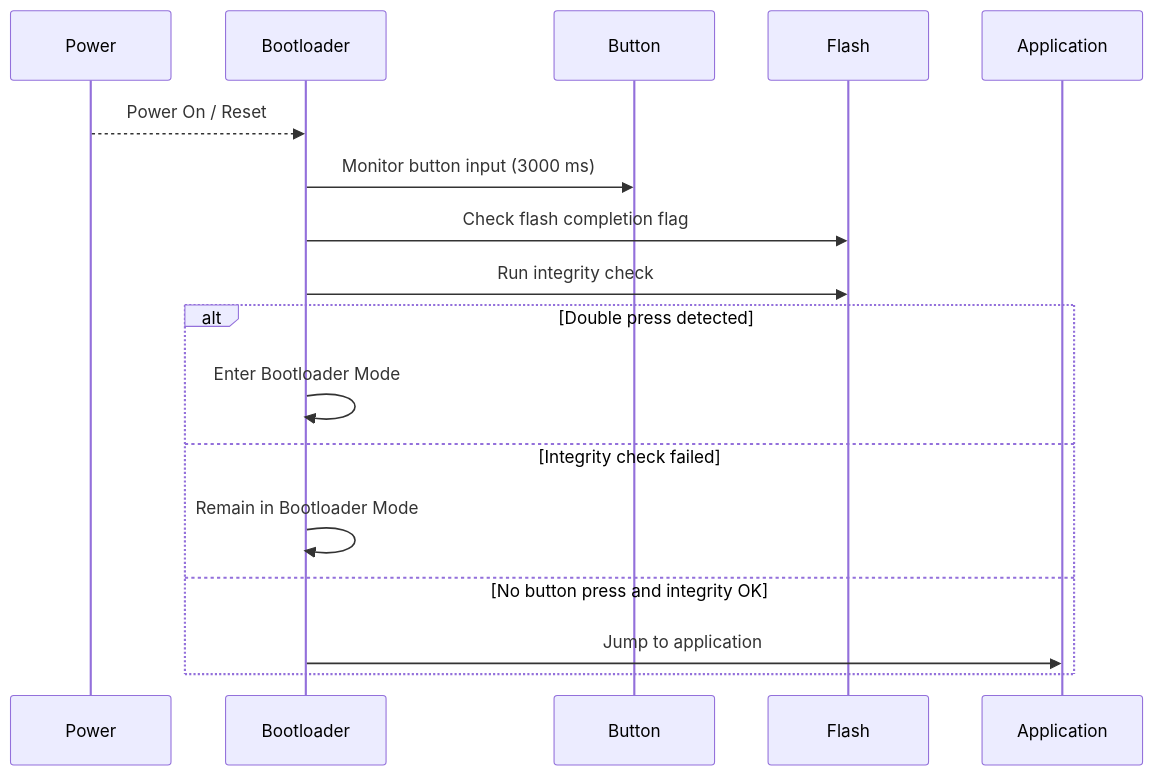
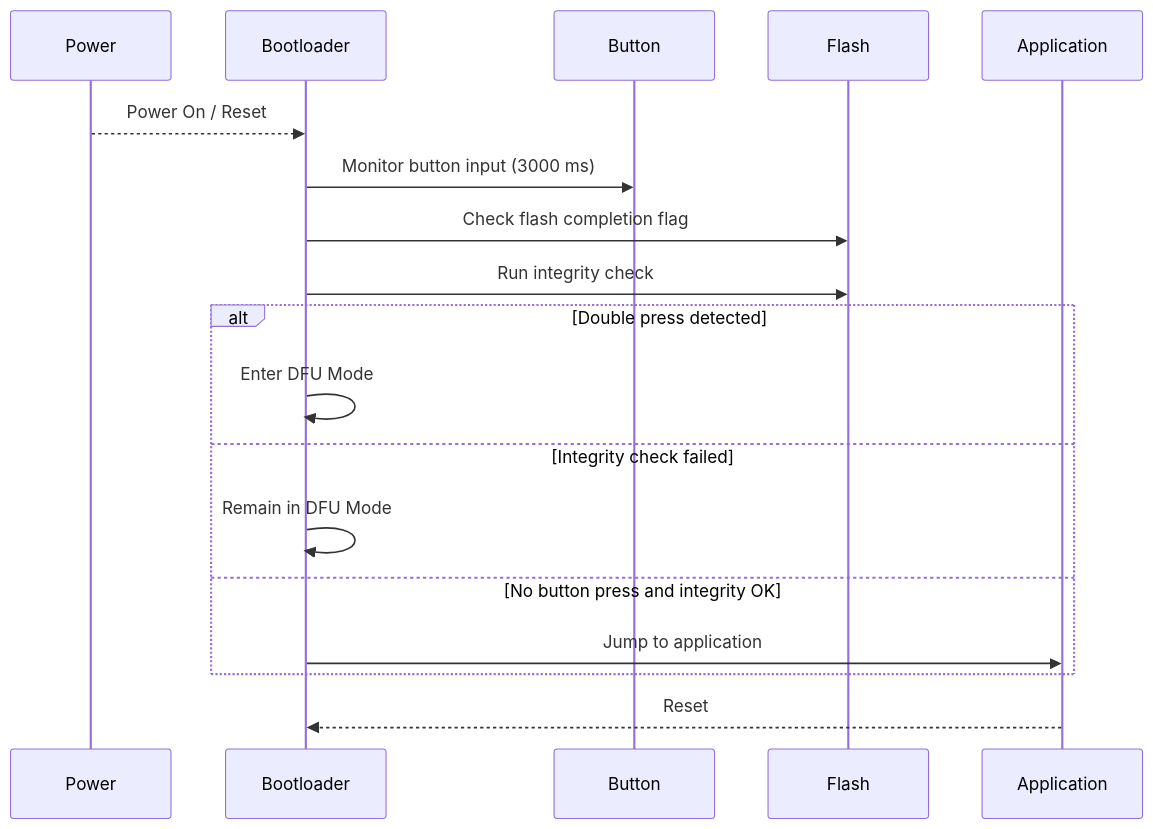
One commit to csg523/project-p1-nrf52-bootloader changed the first of 4 diagrams in docs/sections/sdlc-traceability.md. Above: the diagram before and after it, drawn with Mermaid. The commit also changed other lines of this file, not shown here.

Commit message:
Sequence diagram done

````diff
--- a/docs/sections/sdlc-traceability.md
+++ b/docs/sections/sdlc-traceability.md
@@ -4,21 +4,26 @@
 ```mermaid
 sequenceDiagram
     participant Power
     participant Bootloader
     participant Button
     participant Flash
     participant Application
 
     Power-->>Bootloader: Power On / Reset
     Bootloader->>Button: Monitor button input (3000 ms)
     Bootloader->>Flash: Check flash completion flag
     Bootloader->>Flash: Run integrity check
 
+    
+
     alt Double press detected
-        Bootloader->>Bootloader: Enter Bootloader Mode
+        Bootloader->>Bootloader: Enter DFU Mode
     else Integrity check failed
-        Bootloader->>Bootloader: Remain in Bootloader Mode
+        Bootloader->>Bootloader: Remain in DFU Mode
     else No button press and integrity OK
         Bootloader->>Application: Jump to application
     end
+
+    Application-->>Bootloader: Reset
+    
 ```
````
